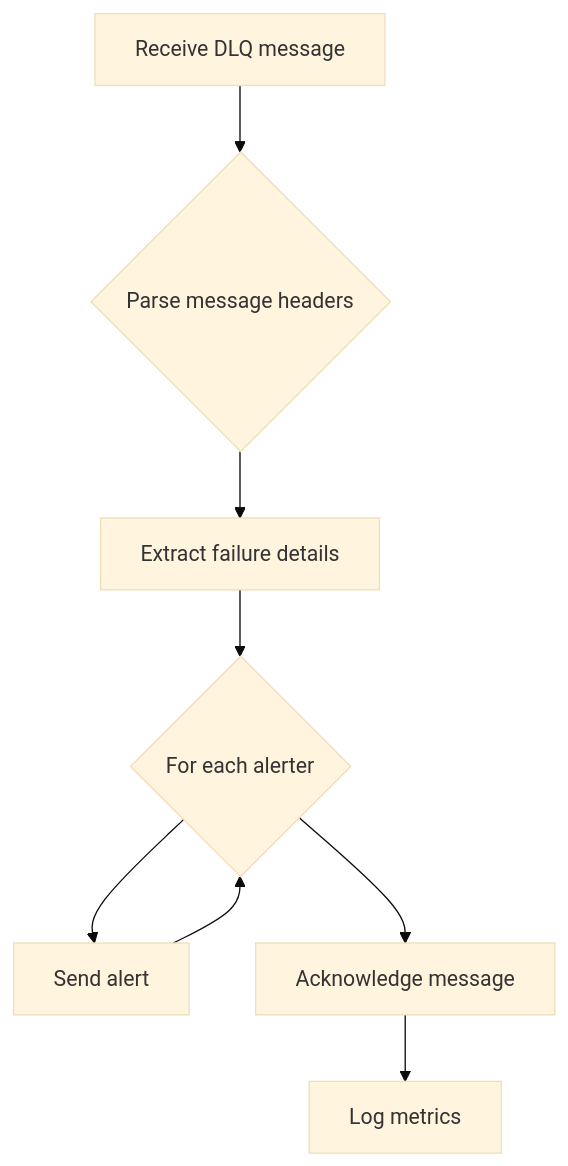
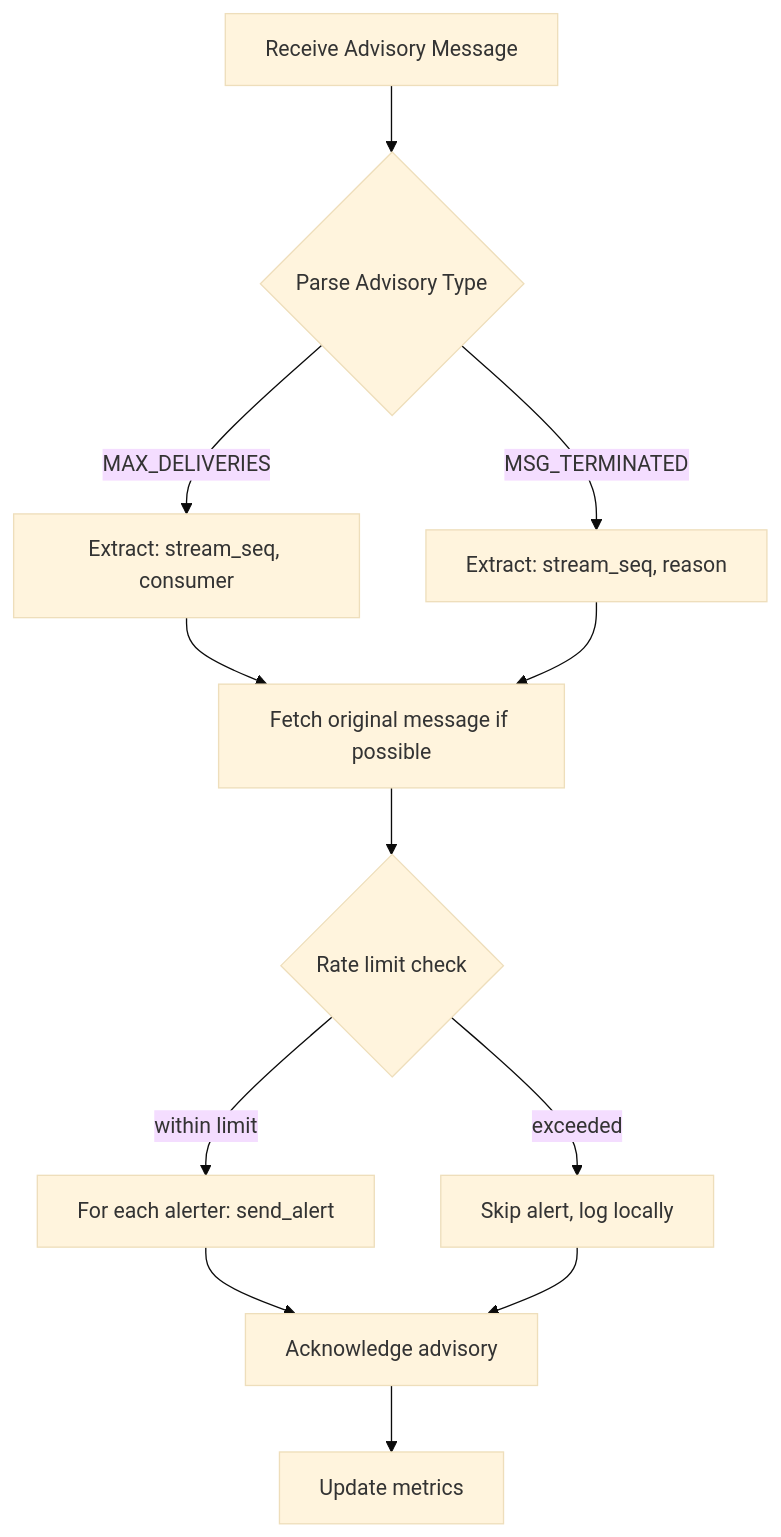
Before and after one commit to gen-mind/echo-mind: the third of 3 diagrams in docs/services/guardian-service.md, drawn with Mermaid (base theme). The commit also changed other lines of this file and 38 other files, not shown here.

````diff
--- a/docs/services/guardian-service.md
+++ b/docs/services/guardian-service.md
@@ -76,10 +91,14 @@
 ```mermaid
 flowchart TD
-    A["Receive DLQ message"] --> B{"Parse message headers"}
-    B --> C["Extract failure details"]
-    C --> D{"For each alerter"}
-    D --> E["Send alert"]
-    E --> D
-    D --> F["Acknowledge message"]
-    F --> G["Log metrics"]
+    A["Receive Advisory Message"] --> B{"Parse Advisory Type"}
+    B -->|MAX_DELIVERIES| C["Extract: stream_seq, consumer"]
+    B -->|MSG_TERMINATED| D["Extract: stream_seq, reason"]
+    C --> E["Fetch original message if possible"]
+    D --> E
+    E --> F{"Rate limit check"}
+    F -->|within limit| G["For each alerter: send_alert"]
+    F -->|exceeded| H["Skip alert, log locally"]
+    G --> I["Acknowledge advisory"]
+    H --> I
+    I --> J["Update metrics"]
 ```
````
